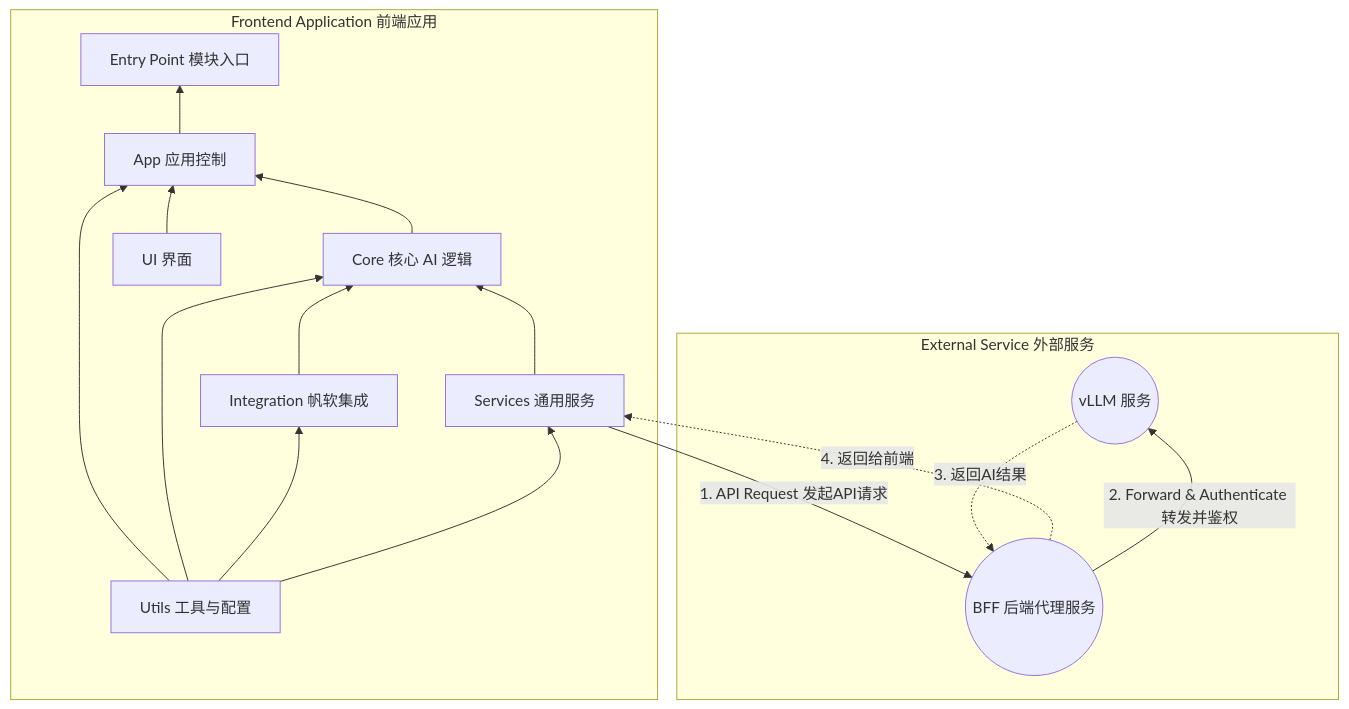
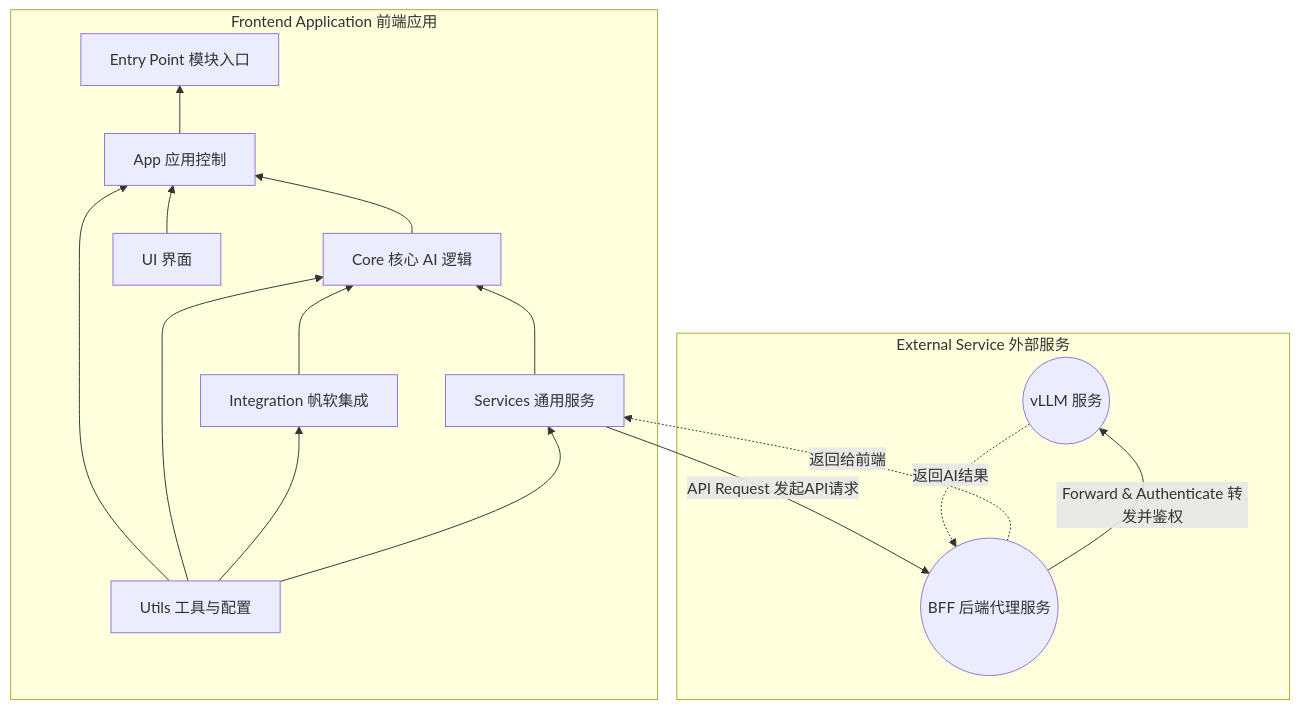
Before and after one commit to HaochenFa/Smart-FineReport: the diagram in README.md, drawn with Mermaid.

Commit message:
docs: refine flowchart labels in README for better clarity and consistency

````diff
--- a/README.md
+++ b/README.md
@@ -50,33 +50,33 @@
 ```mermaid
 flowchart BT
     subgraph "External Service 外部服务"
         id0((BFF 后端代理服务))
         id_vLLM((vLLM 服务))
     end
 
     subgraph "Frontend Application 前端应用"
         id1[Utils 工具与配置]
         id2[Services 通用服务]
         id3[Integration 帆软集成]
         id4[Core 核心 AI 逻辑]
         id5[UI 界面]
         id6[App 应用控制]
         id7[Entry Point 模块入口]
     end
 
 %% 依赖关系与请求流 (实线)
-    id2 -- " 1. API Request 发起API请求 " --> id0
+    id2 -- " API Request 发起API请求 " --> id0
     id1 --> id2
     id1 --> id3
     id1 --> id4
     id1 --> id6
     id2 --> id4
     id3 --> id4
     id4 --> id6
     id5 --> id6
     id6 --> id7
-    id0 -- " 2. Forward & Authenticate 转发并鉴权 " --> id_vLLM
+    id0 -- " Forward & Authenticate 转发并鉴权 " --> id_vLLM
 %% 响应流 (虚线)
-    id_vLLM -.->|" 3. 返回AI结果 "| id0
-    id0 -.->|" 4. 返回给前端 "| id2
+    id_vLLM -.->|" 返回AI结果 "| id0
+    id0 -.->|" 返回给前端 "| id2
 ```
````
